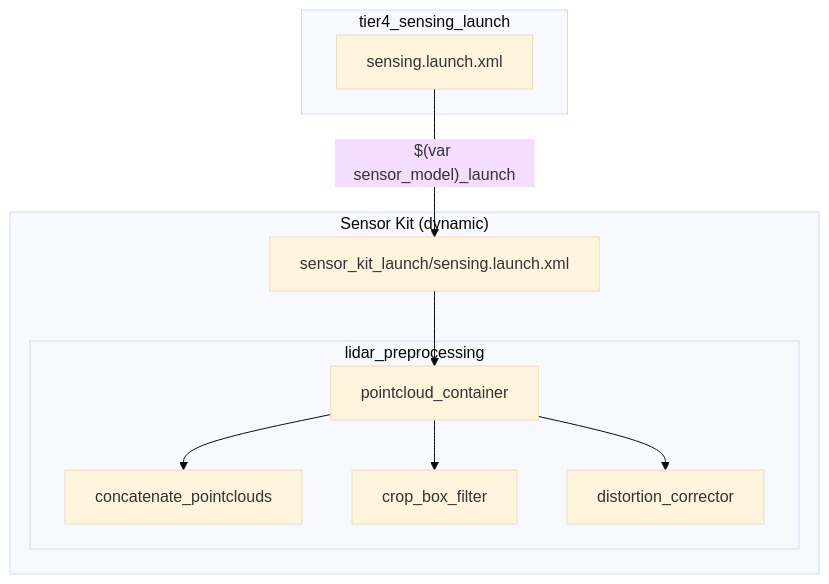
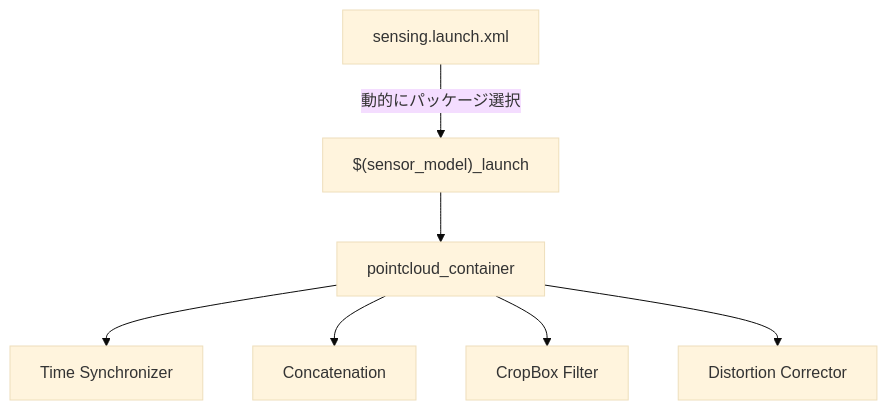
Before and after one commit to youtalk/autoware_universe: the seventh of 20 diagrams in docs/launch-architecture.md, drawn with Mermaid (base theme). The commit also changed other lines of this file, not shown here.

````diff
--- a/docs/launch-architecture.md
+++ b/docs/launch-architecture.md
@@ -189,23 +197,19 @@
 ```mermaid
 graph TB
-    subgraph tier4_sensing_launch
-        S[sensing.launch.xml]
-    end
+    S[sensing.launch.xml]
 
-    subgraph sensor_kit_launch["Sensor Kit (dynamic)"]
-        SK[sensor_kit_launch/sensing.launch.xml]
+    SK["$(sensor_model)_launch"]
+    PC[pointcloud_container]
 
-        subgraph lidar_preprocessing
-            PC_CONTAINER[pointcloud_container]
-            CONCAT[concatenate_pointclouds]
-            CROP[crop_box_filter]
-            DISTORT[distortion_corrector]
-        end
-    end
+    SYNC[Time Synchronizer]
+    CONCAT[Concatenation]
+    CROP[CropBox Filter]
+    DIST[Distortion Corrector]
 
-    S -->|"$(var sensor_model)_launch"| SK
-    SK --> PC_CONTAINER
-    PC_CONTAINER --> CONCAT
-    PC_CONTAINER --> CROP
-    PC_CONTAINER --> DISTORT
+    S -->|"動的にパッケージ選択"| SK
+    SK --> PC
+    PC --> SYNC
+    PC --> CONCAT
+    PC --> CROP
+    PC --> DIST
 ```
````
